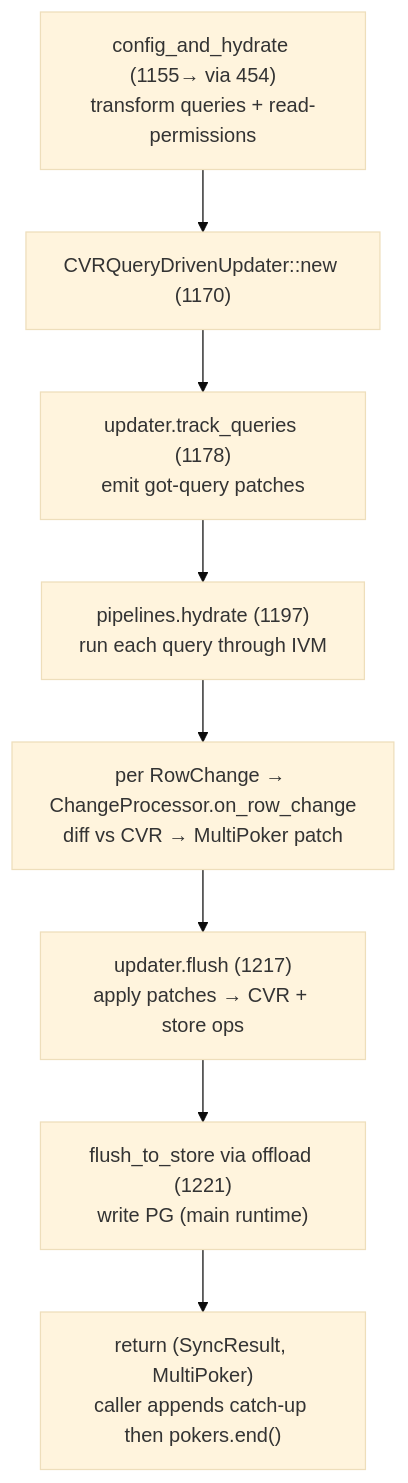
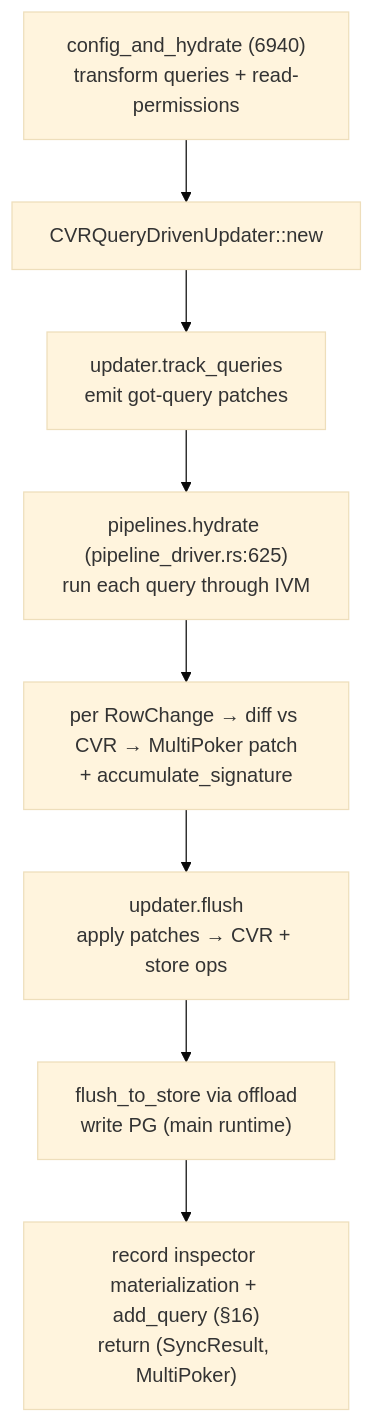
The eighth of 11 diagrams in RUST-SYNCER-ARCHITECTURE.md (kartikparsoya-eng/mono-better), drawn with Mermaid (base theme) before and after one commit. The commit also changed other lines of this file and 9 other files, not shown here.

First line of the commit message:
docs(rust): authoritative syncer architecture guide + I-11, remove dead credit.rs

````diff
--- a/RUST-SYNCER-ARCHITECTURE.md
+++ b/RUST-SYNCER-ARCHITECTURE.md
@@ -303,11 +320,11 @@
 ```mermaid
 flowchart TB
-    A["config_and_hydrate (1155→ via 454)<br/>transform queries + read-permissions"]
-    A --> B["CVRQueryDrivenUpdater::new (1170)"]
-    B --> C["updater.track_queries (1178)<br/>emit got-query patches"]
-    C --> D["pipelines.hydrate (1197)<br/>run each query through IVM"]
-    D --> E["per RowChange → ChangeProcessor.on_row_change<br/>diff vs CVR → MultiPoker patch"]
-    E --> F["updater.flush (1217)<br/>apply patches → CVR + store ops"]
-    F --> G["flush_to_store via offload (1221)<br/>write PG (main runtime)"]
-    G --> H["return (SyncResult, MultiPoker)<br/>caller appends catch-up then pokers.end()"]
+    A["config_and_hydrate (6940)<br/>transform queries + read-permissions"]
+    A --> B["CVRQueryDrivenUpdater::new"]
+    B --> C["updater.track_queries<br/>emit got-query patches"]
+    C --> D["pipelines.hydrate (pipeline_driver.rs:625)<br/>run each query through IVM"]
+    D --> E["per RowChange → diff vs CVR → MultiPoker patch<br/>+ accumulate_signature"]
+    E --> F["updater.flush<br/>apply patches → CVR + store ops"]
+    F --> G["flush_to_store via offload<br/>write PG (main runtime)"]
+    G --> H["record inspector materialization + add_query (§16)<br/>return (SyncResult, MultiPoker)"]
 ```
````
